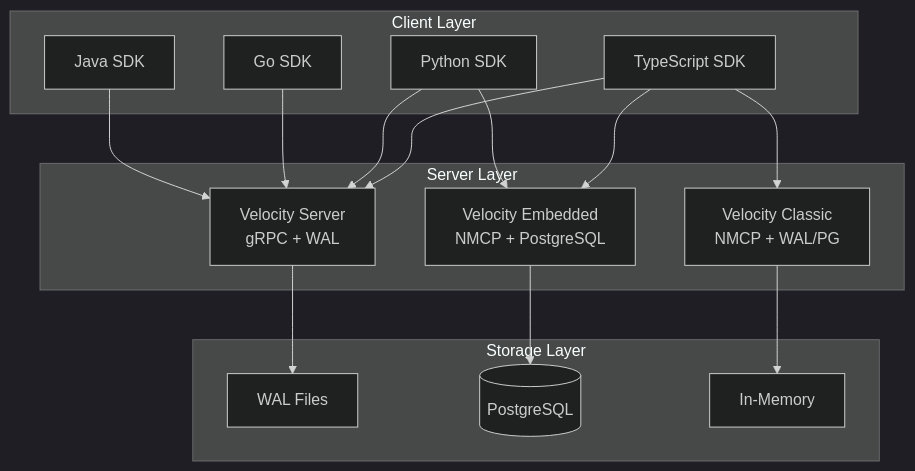
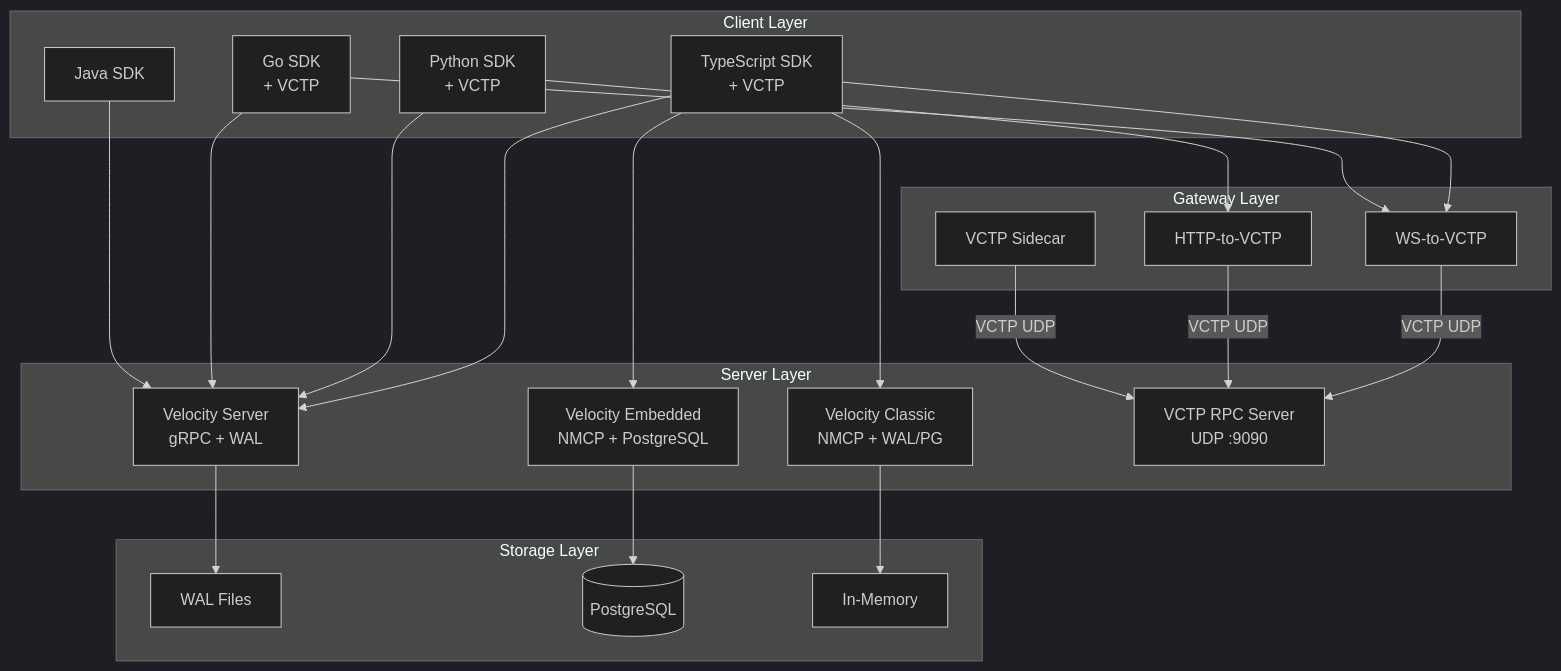
One commit to UnitBuilds-CC/V.E.L.O.C.I.T.Y.-WorkFlow changed the second of 2 diagrams in .qoder/repowiki/en/content/Getting Started.md. Above: the diagram before and after it, drawn with Mermaid (dark theme). The commit also changed other lines of this file and 21 other files, not shown here.

````diff
--- a/.qoder/repowiki/en/content/Getting Started.md
+++ b/.qoder/repowiki/en/content/Getting Started.md
@@ -149,33 +190,46 @@
 ```mermaid
 graph TB
     subgraph "Client Layer"
-        C1[TypeScript SDK]
-        C2[Python SDK]
-        C3[Go SDK]
+        C1[TypeScript SDK<br/>+ VCTP]
+        C2[Python SDK<br/>+ VCTP]
+        C3[Go SDK<br/>+ VCTP]
         C4[Java SDK]
     end
     
+    subgraph "Gateway Layer"
+        GW1[WS-to-VCTP]
+        GW2[HTTP-to-VCTP]
+        GW3[VCTP Sidecar]
+    end
+
     subgraph "Server Layer"
         S1[Velocity Server<br/>gRPC + WAL]
         S2[Velocity Embedded<br/>NMCP + PostgreSQL]
         S3[Velocity Classic<br/>NMCP + WAL/PG]
+        S4[VCTP RPC Server<br/>UDP :9090]
     end
     
     subgraph "Storage Layer"
         ST1[WAL Files]
         ST2[(PostgreSQL)]
         ST3[In-Memory]
     end
     
+    C1 --> GW1
+    C2 --> GW2
+    C3 --> GW1
+    GW1 -->|VCTP UDP| S4
+    GW2 -->|VCTP UDP| S4
+    GW3 -->|VCTP UDP| S4
+    
     C1 --> S1
     C1 --> S2
     C1 --> S3
     C2 --> S1
-    C2 --> S2
     C3 --> S1
     C4 --> S1
     
     S1 --> ST1
     S2 --> ST2
     S3 --> ST3
 ```
````
